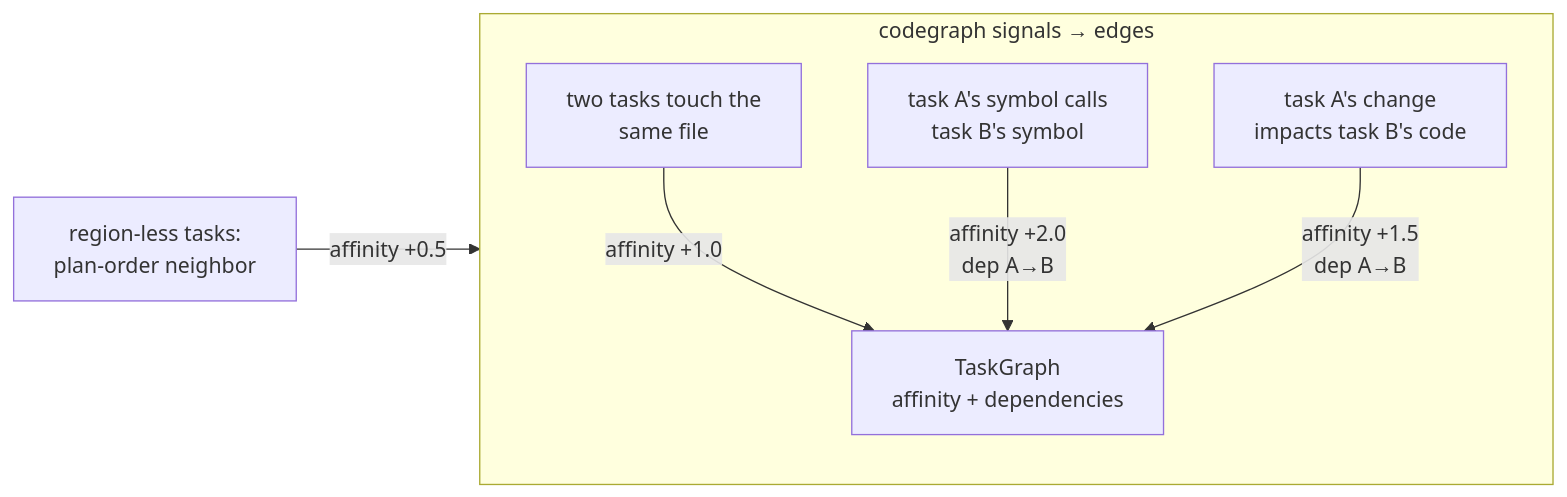
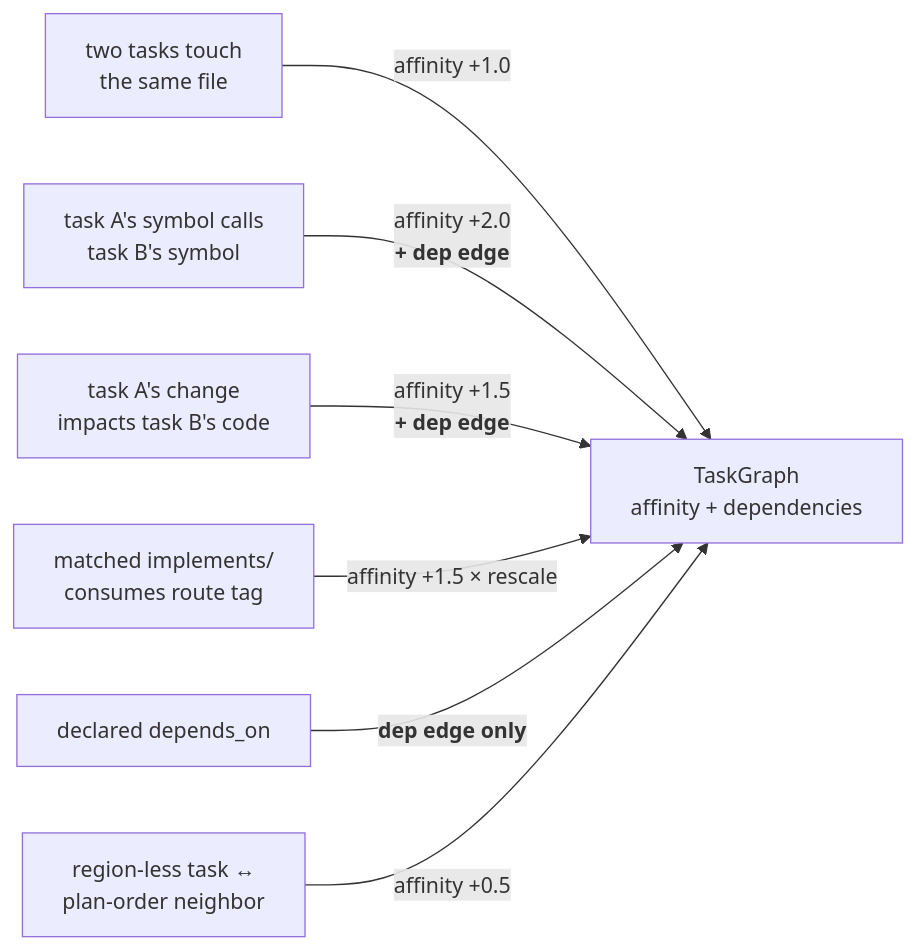
The second of 3 diagrams in docs/orchestrator-grouping.md (Giovani-Merlin/smart_mcps), drawn with Mermaid before and after one commit. The commit also changed other lines of this file and 26 other files, not shown here.

````diff
--- a/docs/orchestrator-grouping.md
+++ b/docs/orchestrator-grouping.md
@@ -210,11 +163,10 @@
 ```mermaid
 flowchart LR
-    subgraph signals["codegraph signals → edges"]
-        direction TB
-        SF["two tasks touch the<br/>same file"] -->|"affinity +1.0"| E
-        CALL["task A's symbol calls<br/>task B's symbol"] -->|"affinity +2.0<br/>dep A→B"| E
-        IMP["task A's change<br/>impacts task B's code"] -->|"affinity +1.5<br/>dep A→B"| E
-        E["TaskGraph<br/>affinity + dependencies"]
-    end
-    PN["region-less tasks:<br/>plan-order neighbor"] -->|"affinity +0.5"| E
+    SF["two tasks touch<br/>the same file"] -->|"affinity +1.0"| E
+    CALL["task A's symbol calls<br/>task B's symbol"] -->|"affinity +2.0<br/><b>+ dep edge</b>"| E
+    IMP["task A's change<br/>impacts task B's code"] -->|"affinity +1.5<br/><b>+ dep edge</b>"| E
+    TAG["matched implements/<br/>consumes route tag"] -->|"affinity +1.5 × rescale"| E
+    DEP["declared depends_on"] -->|"<b>dep edge only</b>"| E
+    PN["region-less task ↔<br/>plan-order neighbor"] -->|"affinity +0.5"| E
+    E["TaskGraph<br/>affinity + dependencies"]
 ```
````
